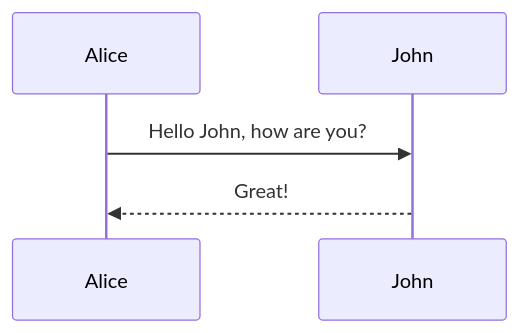
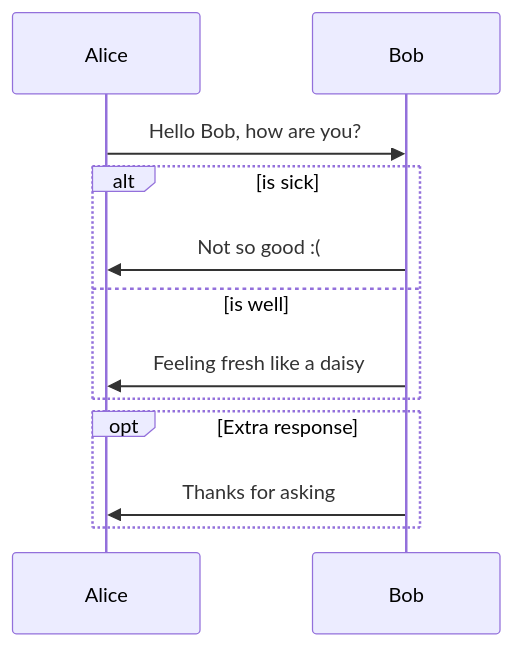
One commit to madhead/doktor changed the fourth of 6 diagrams in src/test/resources/by/dev/madhead/doktor/render/diagrams/diagrams.adoc. Above: the diagram before and after it, drawn with Mermaid. The commit also changed other lines of this file and 3 other files, not shown here.

Commit message:
More diagrams

```diff
--- a/src/test/resources/by/dev/madhead/doktor/render/diagrams/diagrams.adoc
+++ b/src/test/resources/by/dev/madhead/doktor/render/diagrams/diagrams.adoc
@@ -89,7 +174,13 @@
-[mermaid]
+[mermaid, width=400]
 ....
-%% Example of sequence diagram
 sequenceDiagram
-    Alice->>John: Hello John, how are you?
-    John-->>Alice: Great!
+    Alice->>Bob: Hello Bob, how are you?
+    alt is sick
+        Bob->>Alice: Not so good :(
+    else is well
+        Bob->>Alice: Feeling fresh like a daisy
+    end
+    opt Extra response
+        Bob->>Alice: Thanks for asking
+    end
 ....
```
